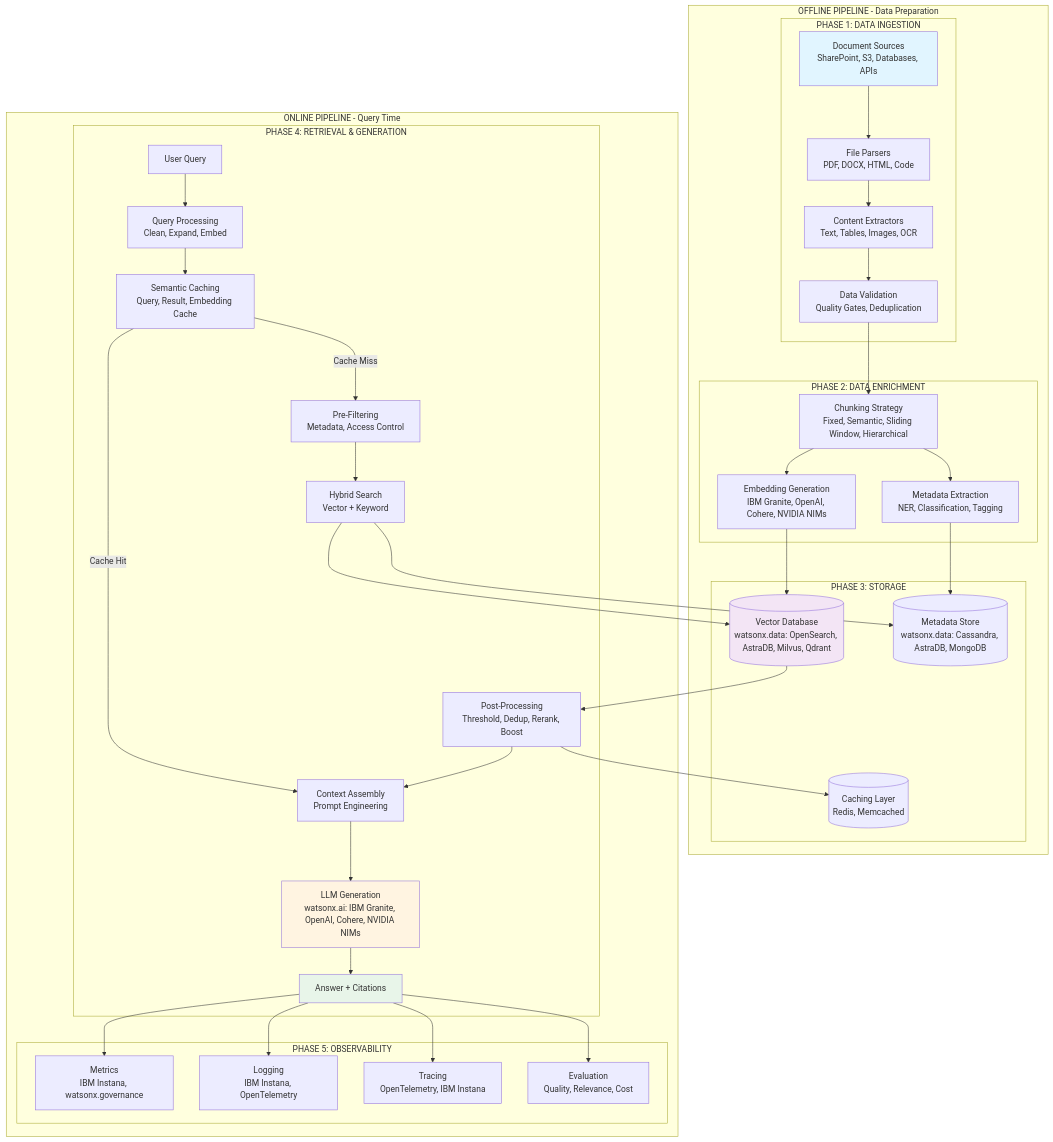
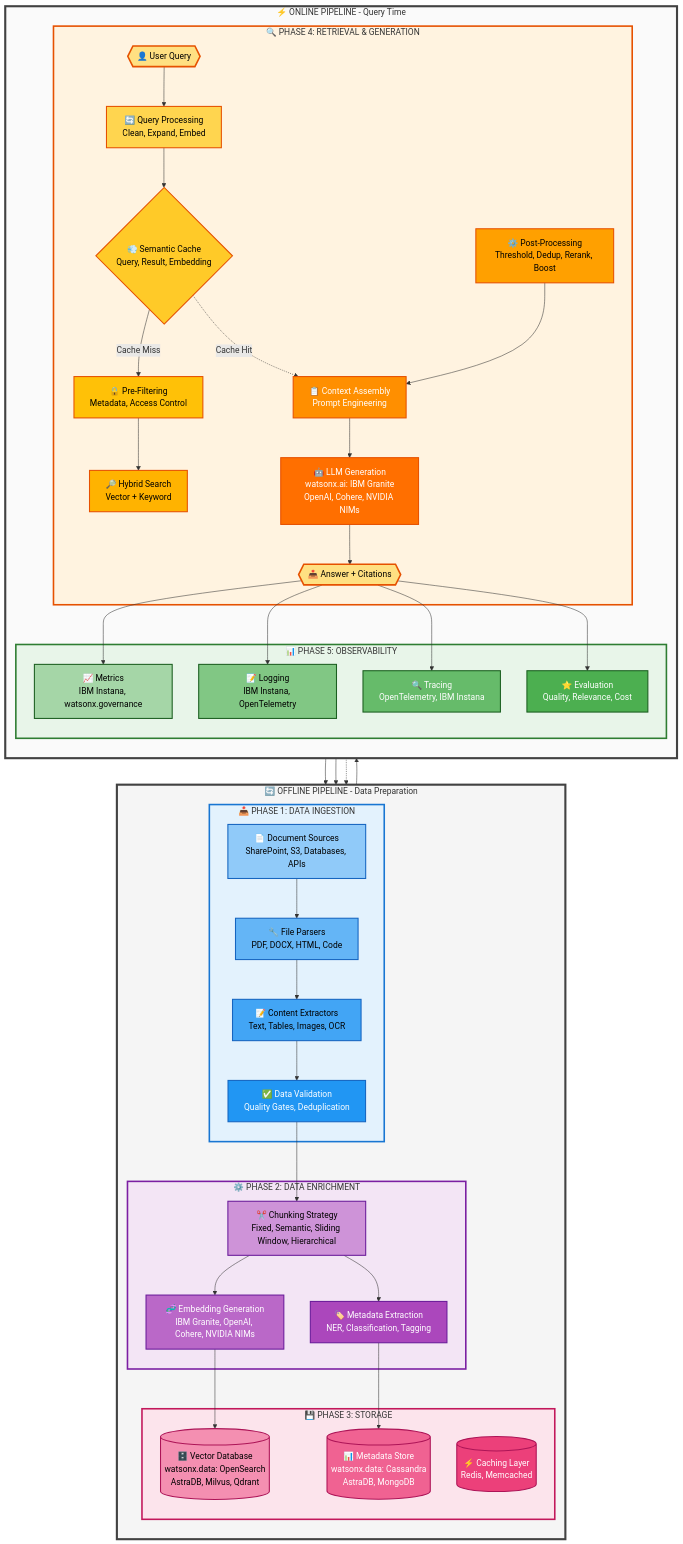
The first of 4 diagrams in Enterprise_RAG_Architecture_Guide.md (pravinbhat/pravinbhat.github.io), drawn with Mermaid before and after one commit.

Commit message:
Improved mermaid diagram to be more visually impactful

````diff
--- a/Enterprise_RAG_Architecture_Guide.md
+++ b/Enterprise_RAG_Architecture_Guide.md
@@ -112,68 +112,72 @@
 ```mermaid
 graph TB
-    subgraph "OFFLINE PIPELINE - Data Preparation"
-        subgraph "PHASE 1: DATA INGESTION"
-            Sources[Document Sources<br/>SharePoint, S3, Databases, APIs]
-            Parsers[File Parsers<br/>PDF, DOCX, HTML, Code]
-            Extractors[Content Extractors<br/>Text, Tables, Images, OCR]
-            Validation[Data Validation<br/>Quality Gates, Deduplication]
+    subgraph OfflinePipeline["🔄 OFFLINE PIPELINE - Data Preparation"]
+        direction TB
+        
+        subgraph Phase1["📥 PHASE 1: DATA INGESTION"]
+            Sources[📄 Document Sources<br/>SharePoint, S3, Databases, APIs]
+            Parsers[🔧 File Parsers<br/>PDF, DOCX, HTML, Code]
+            Extractors[📝 Content Extractors<br/>Text, Tables, Images, OCR]
+            Validation[✅ Data Validation<br/>Quality Gates, Deduplication]
             
             Sources --> Parsers
             Parsers --> Extractors
             Extractors --> Validation
         end
         
-        subgraph "PHASE 2: DATA ENRICHMENT"
-            Chunking[Chunking Strategy<br/>Fixed, Semantic, Sliding Window, Hierarchical]
-            Embedding[Embedding Generation<br/>IBM Granite, OpenAI, Cohere, NVIDIA NIMs]
-            Metadata[Metadata Extraction<br/>NER, Classification, Tagging]
+        subgraph Phase2["⚙️ PHASE 2: DATA ENRICHMENT"]
+            Chunking[✂️ Chunking Strategy<br/>Fixed, Semantic, Sliding Window, Hierarchical]
+            Embedding[🧬 Embedding Generation<br/>IBM Granite, OpenAI, Cohere, NVIDIA NIMs]
+            Metadata[🏷️ Metadata Extraction<br/>NER, Classification, Tagging]
             
             Validation --> Chunking
             Chunking --> Embedding
             Chunking --> Metadata
         end
         
-        subgraph "PHASE 3: STORAGE"
-            VectorDB[(Vector Database<br/>watsonx.data: OpenSearch, AstraDB, Milvus, Qdrant)]
-            MetadataDB[(Metadata Store<br/>watsonx.data: Cassandra, AstraDB, MongoDB)]
-            Cache[(Caching Layer<br/>Redis, Memcached)]
+        subgraph Phase3["💾 PHASE 3: STORAGE"]
+            VectorDB[(🗄️ Vector Database<br/>watsonx.data: OpenSearch<br/>AstraDB, Milvus, Qdrant)]
+            MetadataDB[(📊 Metadata Store<br/>watsonx.data: Cassandra<br/>AstraDB, MongoDB)]
+            CacheStore[(⚡ Caching Layer<br/>Redis, Memcached)]
             
             Embedding --> VectorDB
             Metadata --> MetadataDB
         end
     end
     
-    subgraph "ONLINE PIPELINE - Query Time"
-        subgraph "PHASE 4: RETRIEVAL & GENERATION"
-            Query[User Query]
-            QueryProc[Query Processing<br/>Clean, Expand, Embed]
-            PreFilter[Pre-Filtering<br/>Metadata, Access Control]
-            HybridSearch[Hybrid Search<br/>Vector + Keyword]
-            PostProc[Post-Processing<br/>Threshold, Dedup, Rerank, Boost]
-            SemanticCache[Semantic Caching<br/>Query, Result, Embedding Cache]
-            Context[Context Assembly<br/>Prompt Engineering]
-            LLM[LLM Generation<br/>watsonx.ai: IBM Granite, OpenAI, Cohere, NVIDIA NIMs]
-            Response[Answer + Citations]
+    subgraph OnlinePipeline["⚡ ONLINE PIPELINE - Query Time"]
+        direction TB
+        
+        subgraph Phase4["🔍 PHASE 4: RETRIEVAL & GENERATION"]
+            Query{{👤 User Query}}
+            QueryProc[🔄 Query Processing<br/>Clean, Expand, Embed]
+            SemanticCache{💨 Semantic Cache<br/>Query, Result, Embedding}
+            PreFilter[🔒 Pre-Filtering<br/>Metadata, Access Control]
+            HybridSearch[🔎 Hybrid Search<br/>Vector + Keyword]
+            PostProc[⚙️ Post-Processing<br/>Threshold, Dedup, Rerank, Boost]
+            Context[📋 Context Assembly<br/>Prompt Engineering]
+            LLM[🤖 LLM Generation<br/>watsonx.ai: IBM Granite<br/>OpenAI, Cohere, NVIDIA NIMs]
+            Response{{📤 Answer + Citations}}
             
             Query --> QueryProc
             QueryProc --> SemanticCache
             SemanticCache -->|Cache Miss| PreFilter
-            SemanticCache -->|Cache Hit| Context
+            SemanticCache -.->|Cache Hit| Context
             PreFilter --> HybridSearch
             HybridSearch --> VectorDB
             HybridSearch --> MetadataDB
             VectorDB --> PostProc
             PostProc --> Context
+            PostProc -.-> CacheStore
             Context --> LLM
             LLM --> Response
-            PostProc --> Cache
         end
         
-        subgraph "PHASE 5: OBSERVABILITY"
-            Metrics[Metrics<br/>IBM Instana, watsonx.governance]
-            Logging[Logging<br/>IBM Instana, OpenTelemetry]
-            Tracing[Tracing<br/>OpenTelemetry, IBM Instana]
-            Evaluation[Evaluation<br/>Quality, Relevance, Cost]
+        subgraph Phase5["📊 PHASE 5: OBSERVABILITY"]
+            Metrics[📈 Metrics<br/>IBM Instana, watsonx.governance]
+            Logging[📝 Logging<br/>IBM Instana, OpenTelemetry]
+            Tracing[🔍 Tracing<br/>OpenTelemetry, IBM Instana]
+            Evaluation[⭐ Evaluation<br/>Quality, Relevance, Cost]
             
             Response --> Metrics
             Response --> Logging
@@ -182,8 +186,45 @@
         end
     end
     
-    style Sources fill:#e1f5ff
-    style VectorDB fill:#f3e5f5
-    style LLM fill:#fff4e1
-    style Response fill:#e8f5e9
+    %% Phase 1 - Data Ingestion (Light Blue)
+    style Phase1 fill:#E3F2FD,stroke:#1976D2,stroke-width:3px
+    style Sources fill:#90CAF9,stroke:#1565C0,stroke-width:2px,color:#000
+    style Parsers fill:#64B5F6,stroke:#1565C0,stroke-width:2px,color:#000
+    style Extractors fill:#42A5F5,stroke:#1565C0,stroke-width:2px,color:#000
+    style Validation fill:#2196F3,stroke:#1565C0,stroke-width:2px,color:#fff
+    
+    %% Phase 2 - Data Enrichment (Light Purple)
+    style Phase2 fill:#F3E5F5,stroke:#7B1FA2,stroke-width:3px
+    style Chunking fill:#CE93D8,stroke:#6A1B9A,stroke-width:2px,color:#000
+    style Embedding fill:#BA68C8,stroke:#6A1B9A,stroke-width:2px,color:#fff
+    style Metadata fill:#AB47BC,stroke:#6A1B9A,stroke-width:2px,color:#fff
+    
+    %% Phase 3 - Storage (Light Pink)
+    style Phase3 fill:#FCE4EC,stroke:#C2185B,stroke-width:3px
+    style VectorDB fill:#F48FB1,stroke:#AD1457,stroke-width:2px,color:#000
+    style MetadataDB fill:#F06292,stroke:#AD1457,stroke-width:2px,color:#fff
+    style CacheStore fill:#EC407A,stroke:#AD1457,stroke-width:2px,color:#fff
+    
+    %% Phase 4 - Retrieval & Generation (Light Orange)
+    style Phase4 fill:#FFF3E0,stroke:#E65100,stroke-width:3px
+    style Query fill:#FFE082,stroke:#E65100,stroke-width:3px,color:#000
+    style QueryProc fill:#FFD54F,stroke:#E65100,stroke-width:2px,color:#000
+    style SemanticCache fill:#FFCA28,stroke:#E65100,stroke-width:2px,color:#000
+    style PreFilter fill:#FFC107,stroke:#E65100,stroke-width:2px,color:#000
+    style HybridSearch fill:#FFB300,stroke:#E65100,stroke-width:2px,color:#000
+    style PostProc fill:#FFA000,stroke:#E65100,stroke-width:2px,color:#000
+    style Context fill:#FF8F00,stroke:#E65100,stroke-width:2px,color:#fff
+    style LLM fill:#FF6F00,stroke:#E65100,stroke-width:2px,color:#fff
+    style Response fill:#FFE082,stroke:#E65100,stroke-width:3px,color:#000
+    
+    %% Phase 5 - Observability (Light Green)
+    style Phase5 fill:#E8F5E9,stroke:#2E7D32,stroke-width:3px
+    style Metrics fill:#A5D6A7,stroke:#1B5E20,stroke-width:2px,color:#000
+    style Logging fill:#81C784,stroke:#1B5E20,stroke-width:2px,color:#000
+    style Tracing fill:#66BB6A,stroke:#1B5E20,stroke-width:2px,color:#fff
+    style Evaluation fill:#4CAF50,stroke:#1B5E20,stroke-width:2px,color:#fff
+    
+    %% Pipeline containers
+    style OfflinePipeline fill:#F5F5F5,stroke:#424242,stroke-width:4px
+    style OnlinePipeline fill:#FAFAFA,stroke:#424242,stroke-width:4px
 ```
````
